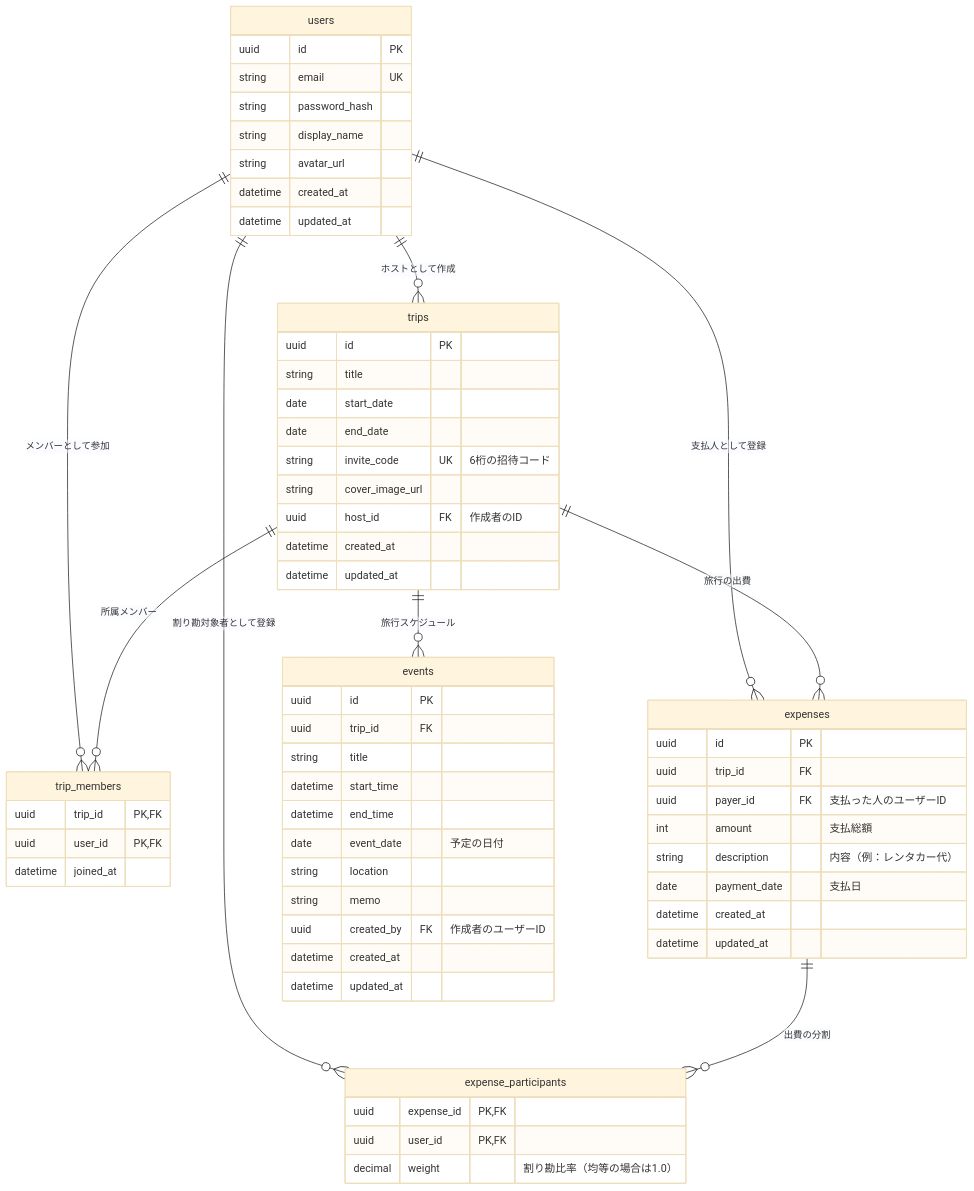
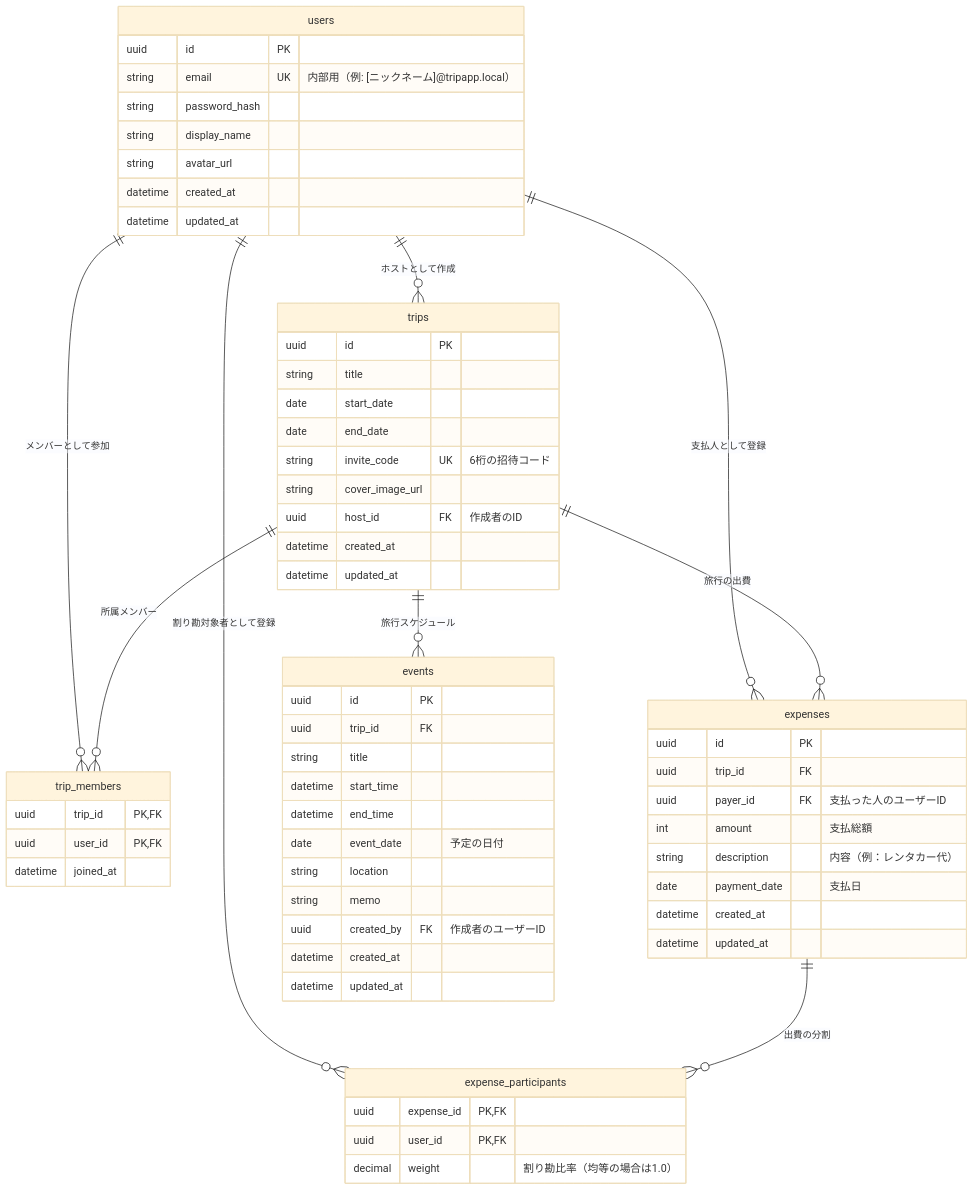
The diagram in docs/データモデル.md (dikyamamoto/tripapp), drawn with Mermaid (base theme) before and after one commit. The commit also changed other lines of this file and 4 other files, not shown here.

````diff
--- a/docs/データモデル.md
+++ b/docs/データモデル.md
@@ -11,72 +11,72 @@
 ```mermaid
 erDiagram
     users ||--o{ trips : "ホストとして作成"
     users ||--o{ trip_members : "メンバーとして参加"
     users ||--o{ expenses : "支払人として登録"
     users ||--o{ expense_participants : "割り勘対象者として登録"
     
     trips ||--o{ trip_members : "所属メンバー"
     trips ||--o{ events : "旅行スケジュール"
     trips ||--o{ expenses : "旅行の出費"
     
     expenses ||--o{ expense_participants : "出費の分割"
     
     users {
         uuid id PK
-        string email UK
+        string email UK "内部用（例: [ニックネーム]@tripapp.local）"
         string password_hash
         string display_name
         string avatar_url
         datetime created_at
         datetime updated_at
     }
 
     trips {
         uuid id PK
         string title
         date start_date
         date end_date
         string invite_code UK "6桁の招待コード"
         string cover_image_url
         uuid host_id FK "作成者のID"
         datetime created_at
         datetime updated_at
     }
 
     trip_members {
         uuid trip_id PK, FK
         uuid user_id PK, FK
         datetime joined_at
     }
 
     events {
         uuid id PK
         uuid trip_id FK
         string title
         datetime start_time
         datetime end_time
         date event_date "予定の日付"
         string location
         string memo
         uuid created_by FK "作成者のユーザーID"
         datetime created_at
         datetime updated_at
     }
 
     expenses {
         uuid id PK
         uuid trip_id FK
         uuid payer_id FK "支払った人のユーザーID"
         int amount "支払総額"
         string description "内容（例：レンタカー代）"
         date payment_date "支払日"
         datetime created_at
         datetime updated_at
     }
 
     expense_participants {
         uuid expense_id PK, FK
         uuid user_id PK, FK
         decimal weight "割り勘比率（均等の場合は1.0）"
     }
 ```
````
